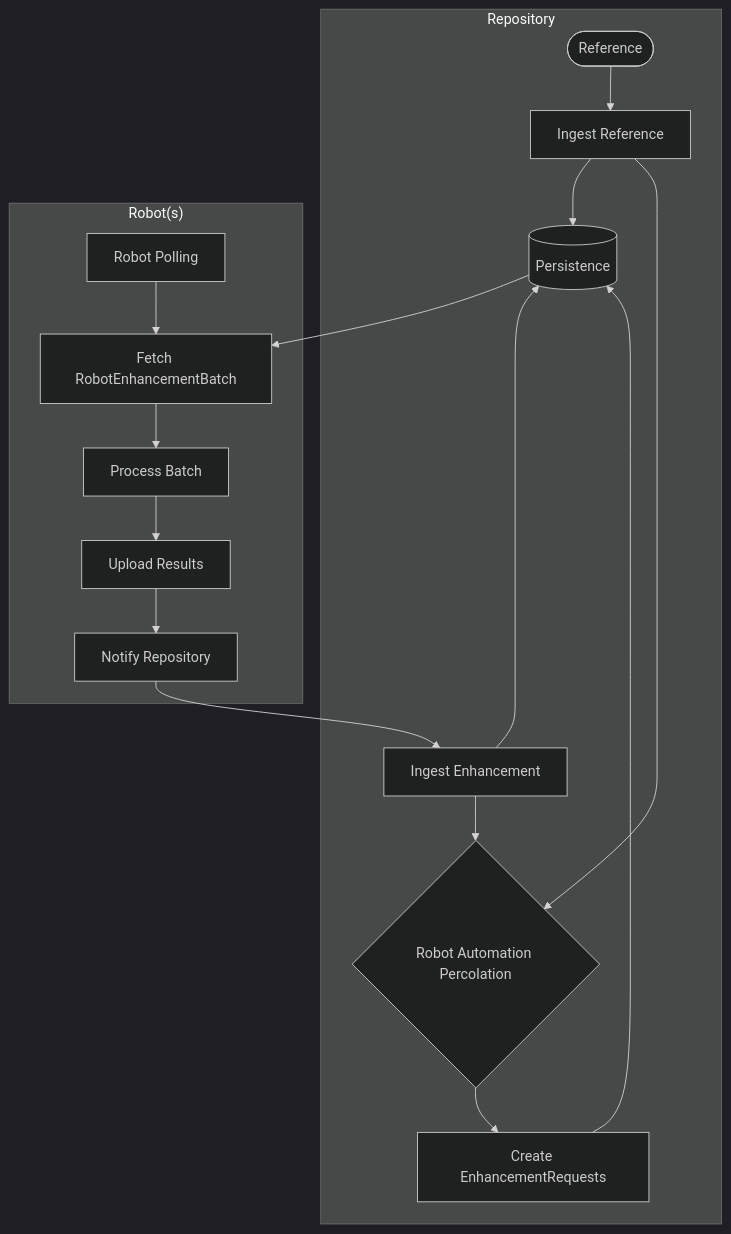
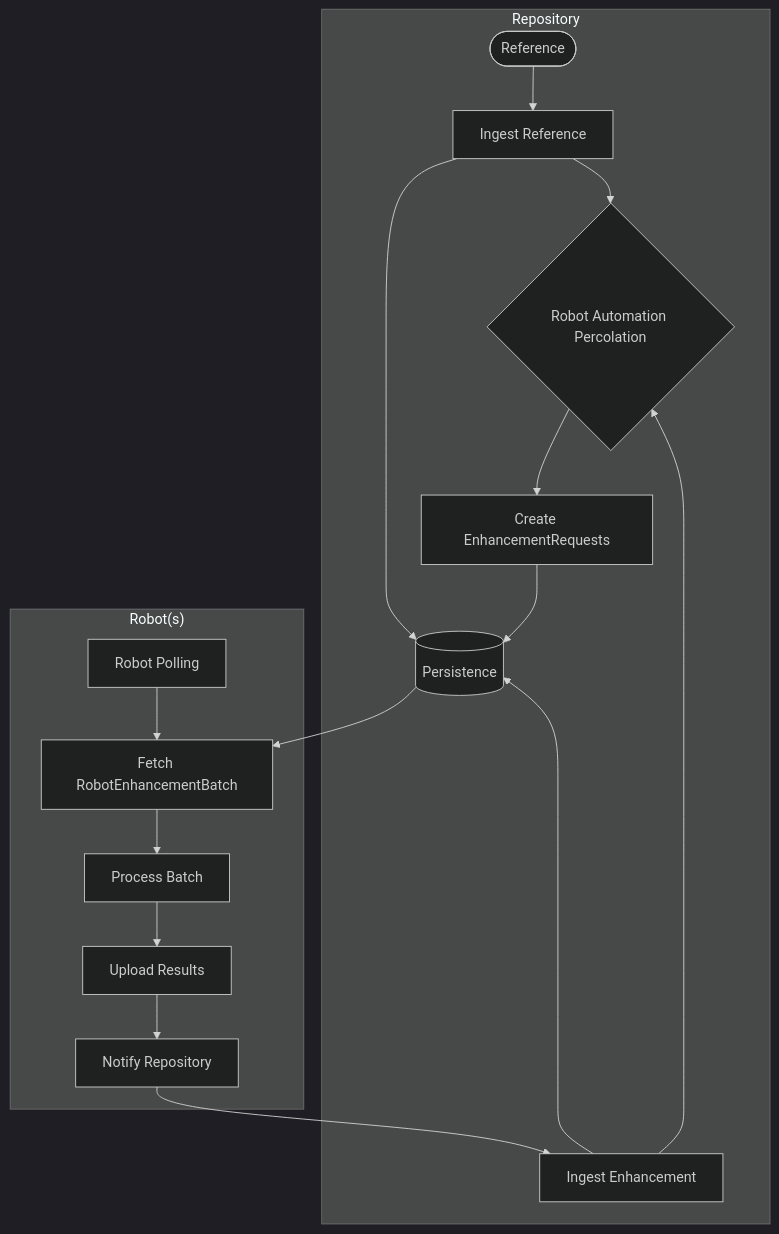
Before and after one commit to destiny-evidence/destiny-repository: the second of 2 diagrams in docs/procedures/robot-automation.rst, drawn with Mermaid (dark theme).

Commit message:
Improved Robot Automations flowchart

```diff
--- a/docs/procedures/robot-automation.rst
+++ b/docs/procedures/robot-automation.rst
@@ -37,20 +37,20 @@
 .. mermaid::
 
     flowchart TD
-        subgraph Repository
+    subgraph Repository
             G_R([Reference]) --> G_R1[Ingest Reference]
-            G_R1 --> G_P[(Persistence)]
             G_R1 --> G_AUTO{Robot Automation Percolation}
             G_AUTO --> G_REQ[Create EnhancementRequests]
+            G_R1 --> G_P[(Persistence)]
             G_REQ --> G_P[(Persistence)]
             G_REPO_PROC[Ingest Enhancement] --> G_P
             G_REPO_PROC --> G_AUTO
         end
         subgraph "Robot(s)"
             G_POLL[Robot Polling] --> G_BATCH[Fetch RobotEnhancementBatch]
             G_P --> G_BATCH
             G_BATCH --> G_ROBOT_PROC[Process Batch]
             G_ROBOT_PROC --> G_UPLOAD[Upload Results]
             G_UPLOAD --> G_REPO[Notify Repository]
         end
         G_REPO --> G_REPO_PROC
```
